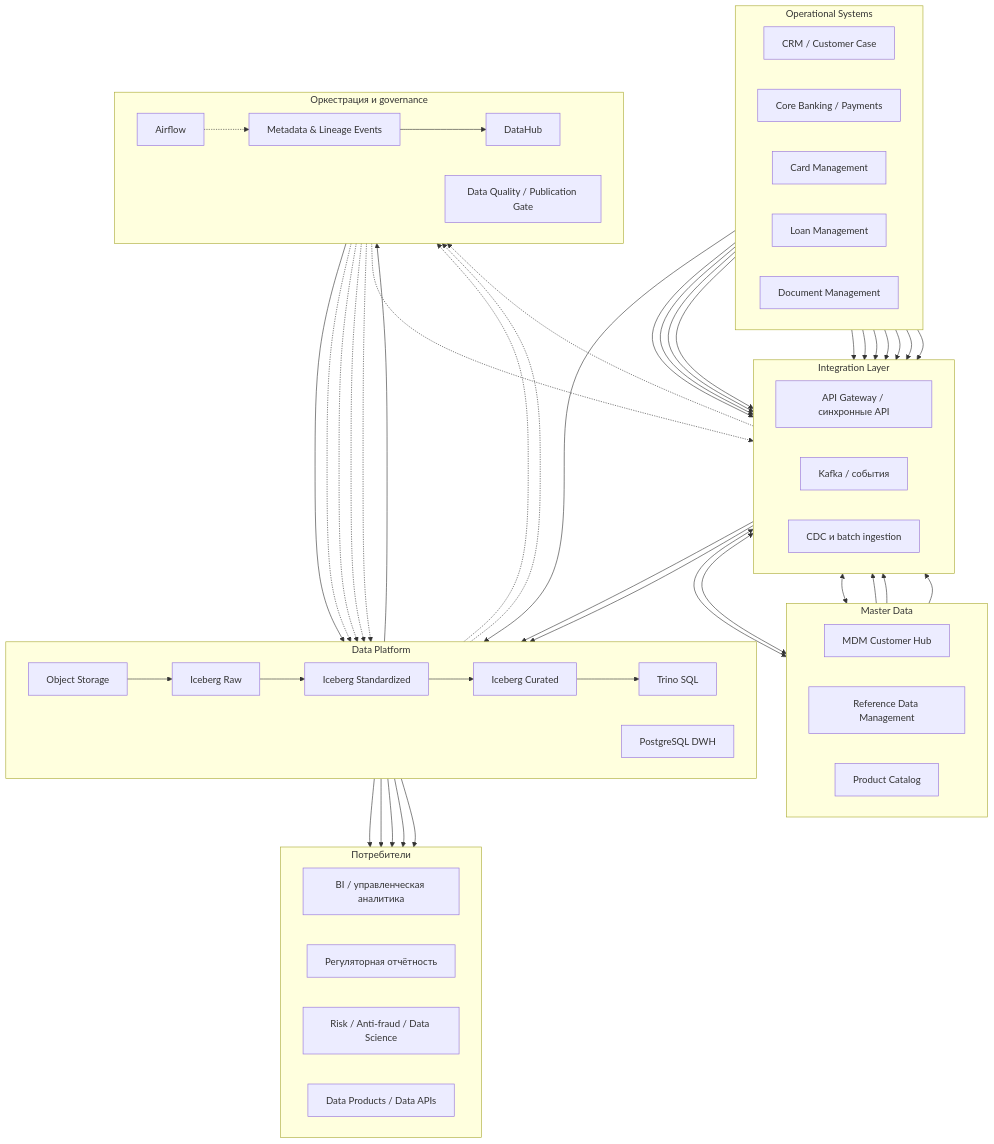
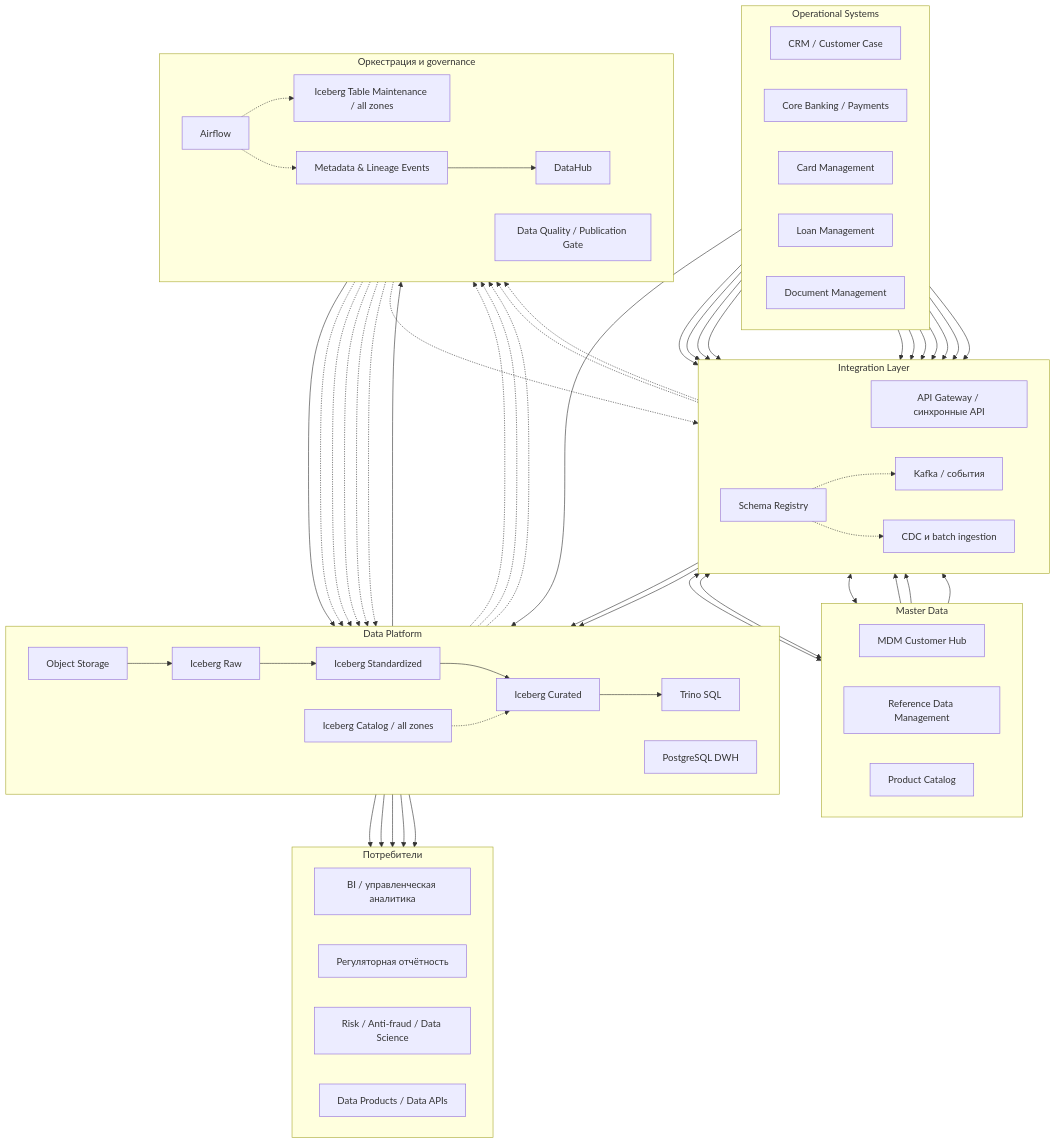
One commit to NovikovMS/Solution-FinUnion-Data-Merger changed the diagram in Task3/diagrams/target-data-architecture.mmd. Above: the diagram before and after it, drawn with Mermaid. The commit also changed 13 other files, not shown here.

```diff
--- a/Task3/diagrams/target-data-architecture.mmd
+++ b/Task3/diagrams/target-data-architecture.mmd
@@ -1,98 +1,108 @@
 flowchart TB
     subgraph operational["Operational Systems"]
         direction LR
         CRM["CRM / Customer Case"]
         CORE["Core Banking / Payments"]
         CARDS["Card Management"]
         LOANS["Loan Management"]
         DMS["Document Management"]
     end
 
     subgraph master["Master Data"]
         direction LR
         MDM["MDM Customer Hub"]
         RDM["Reference Data Management"]
         PRODUCT["Product Catalog"]
     end
 
     subgraph integration["Integration Layer"]
         direction LR
         API["API Gateway / синхронные API"]
         KAFKA["Kafka / события"]
         INGEST["CDC и batch ingestion"]
+        REGISTRY["Schema Registry"]
     end
 
     subgraph platform["Data Platform"]
         direction LR
         OBJECTS["Object Storage"]
         RAW["Iceberg Raw"]
         STANDARD["Iceberg Standardized"]
         CURATED["Iceberg Curated"]
         TRINO["Trino SQL"]
         DWH["PostgreSQL DWH"]
+        ICEBERG_CATALOG["Iceberg Catalog / all zones"]
     end
 
     subgraph orchestration["Оркестрация и governance"]
         direction LR
         AIRFLOW["Airflow"]
         QUALITY["Data Quality / Publication Gate"]
+        MAINTENANCE["Iceberg Table Maintenance / all zones"]
         METADATA["Metadata & Lineage Events"]
         DATAHUB["DataHub"]
     end
 
     subgraph consumption["Потребители"]
         direction LR
         BI["BI / управленческая аналитика"]
         REGULATORY["Регуляторная отчётность"]
         DS["Risk / Anti-fraud / Data Science"]
         DATA_APIS["Data Products / Data APIs"]
     end
 
     CRM --> API
     CORE --> API
     CARDS --> API
     LOANS --> API
 
     CRM --> KAFKA
     CORE --> KAFKA
     CARDS --> KAFKA
     LOANS --> KAFKA
 
     CORE --> INGEST
     CARDS --> INGEST
     LOANS --> INGEST
     DMS --> OBJECTS
 
     API <--> MDM
     API <--> RDM
     API <--> PRODUCT
     MDM --> KAFKA
     RDM --> KAFKA
     PRODUCT --> KAFKA
 
     KAFKA --> RAW
     INGEST --> RAW
+    REGISTRY -.-> KAFKA
+    REGISTRY -.-> INGEST
     OBJECTS --> RAW
     RAW --> STANDARD
     STANDARD --> CURATED
+    ICEBERG_CATALOG -.-> CURATED
     CURATED --> TRINO
     CURATED --> QUALITY
     QUALITY --> DWH
 
     AIRFLOW -.-> INGEST
     AIRFLOW -.-> RAW
     AIRFLOW -.-> STANDARD
     AIRFLOW -.-> CURATED
     AIRFLOW -.-> DWH
+    AIRFLOW -.-> MAINTENANCE
+    MAINTENANCE -.-> CURATED
 
     KAFKA -.-> METADATA
+    REGISTRY -.-> METADATA
+    ICEBERG_CATALOG -.-> METADATA
     AIRFLOW -.-> METADATA
     CURATED -.-> METADATA
     DWH -.-> METADATA
     METADATA --> DATAHUB
 
     DWH --> BI
     DWH --> REGULATORY
     TRINO --> DS
     TRINO --> DATA_APIS
     DWH --> DATA_APIS
```
